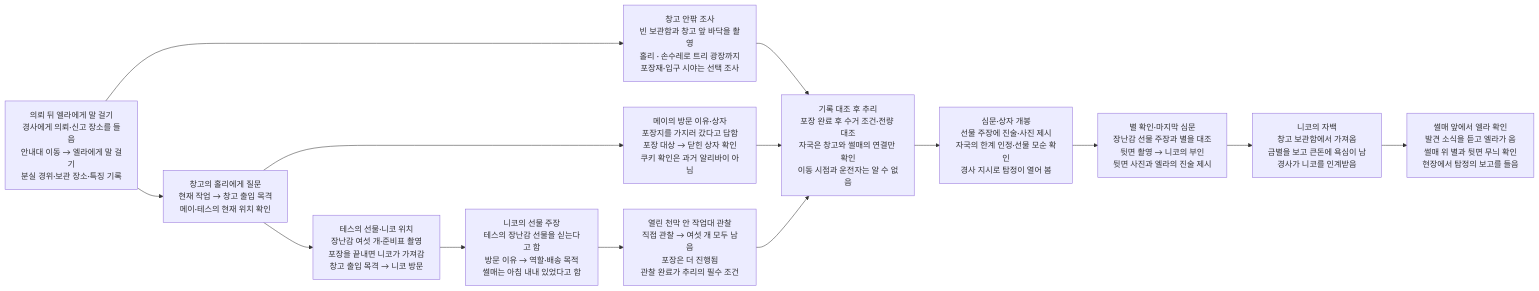
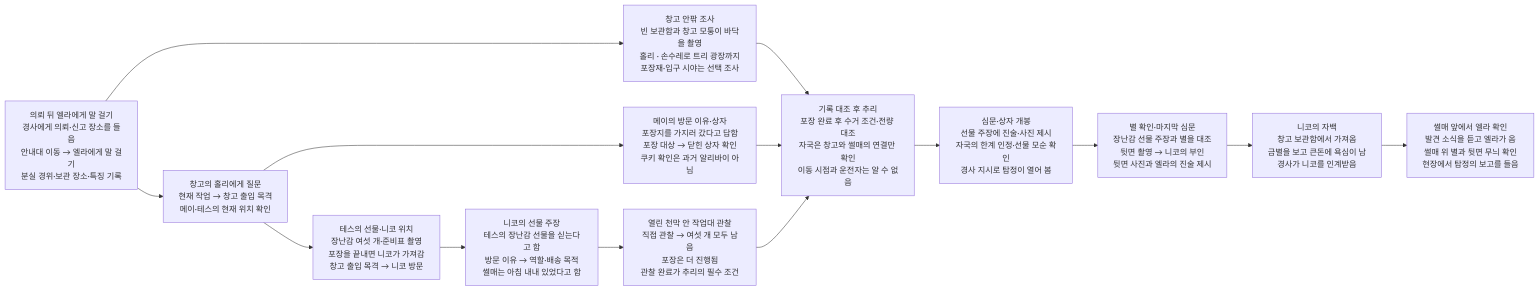
One commit to wonny95/detective-v2 changed the second of 2 diagrams in design/case-10-christmas-star.md. Above: the diagram before and after it, drawn with Mermaid. The commit also changed other lines of this file and 5 other files, not shown here.

````diff
--- a/design/case-10-christmas-star.md
+++ b/design/case-10-christmas-star.md
@@ -49,28 +49,28 @@
 ```mermaid
 flowchart LR
     s1["의뢰 뒤 엘라에게 말 걸기<br/>경사에게 의뢰·신고 장소를 들음<br/>안내대 이동 → 엘라에게 말 걸기<br/>분실 경위·보관 장소·특징 기록"]
     s2["창고의 홀리에게 질문<br/>현재 작업 → 창고 출입 목격<br/>메이·테스의 현재 위치 확인"]
-    s3["창고 안팎 조사<br/>빈 보관함과 창고 앞 바닥을 촬영<br/>홀리 · 손수레로 트리 광장까지<br/>포장재·입구 시야는 선택 조사"]
+    s3["창고 안팎 조사<br/>빈 보관함과 창고 모퉁이 바닥을 촬영<br/>홀리 · 손수레로 트리 광장까지<br/>포장재·입구 시야는 선택 조사"]
     s4["메이의 방문 이유·상자<br/>포장지를 가지러 갔다고 답함<br/>포장 대상 → 닫힌 상자 확인<br/>쿠키 확인은 과거 알리바이 아님"]
     s5["테스의 선물·니코 위치<br/>장난감 여섯 개·준비표 촬영<br/>포장을 끝내면 니코가 가져감<br/>창고 출입 목격 → 니코 방문"]
     s6["니코의 선물 주장<br/>테스의 장난감 선물을 싣는다고 함<br/>방문 이유 → 역할·배송 목적<br/>썰매는 아침 내내 있었다고 함"]
     s7["열린 천막 안 작업대 관찰<br/>직접 관찰 → 여섯 개 모두 남음<br/>포장은 더 진행됨<br/>관찰 완료가 추리의 필수 조건"]
     s8["기록 대조 후 추리<br/>포장 완료 후 수거 조건·전량 대조<br/>자국은 창고와 썰매의 연결만 확인<br/>이동 시점과 운전자는 알 수 없음"]
     s9["심문·상자 개봉<br/>선물 주장에 진술·사진 제시<br/>자국의 한계 인정·선물 모순 확인<br/>경사 지시로 탐정이 열어 봄"]
     s10["별 확인·마지막 심문<br/>장난감 선물 주장과 별을 대조<br/>뒷면 촬영 → 니코의 부인<br/>뒷면 사진과 엘라의 진술 제시"]
     s11["니코의 자백<br/>창고 보관함에서 가져옴<br/>금별을 보고 큰돈에 욕심이 남<br/>경사가 니코를 인계받음"]
     s12["썰매 앞에서 엘라 확인<br/>발견 소식을 듣고 엘라가 옴<br/>썰매 위 별과 뒷면 무늬 확인<br/>현장에서 탐정의 보고를 들음"]
     s1 --> s2
     s1 --> s3
     s2 --> s4
     s2 --> s5
     s3 --> s8
     s4 --> s8
     s5 --> s6
     s6 --> s7
     s7 --> s8
     s8 --> s9
     s9 --> s10
     s10 --> s11
     s11 --> s12
 ```
````
